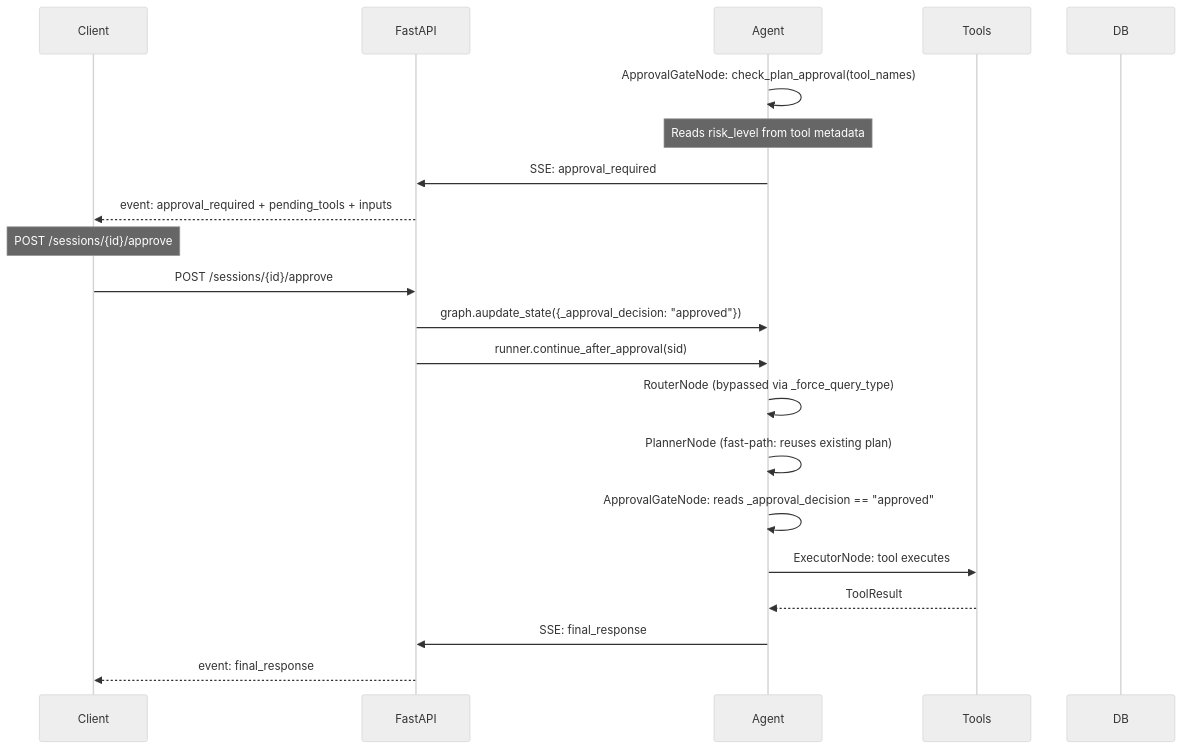
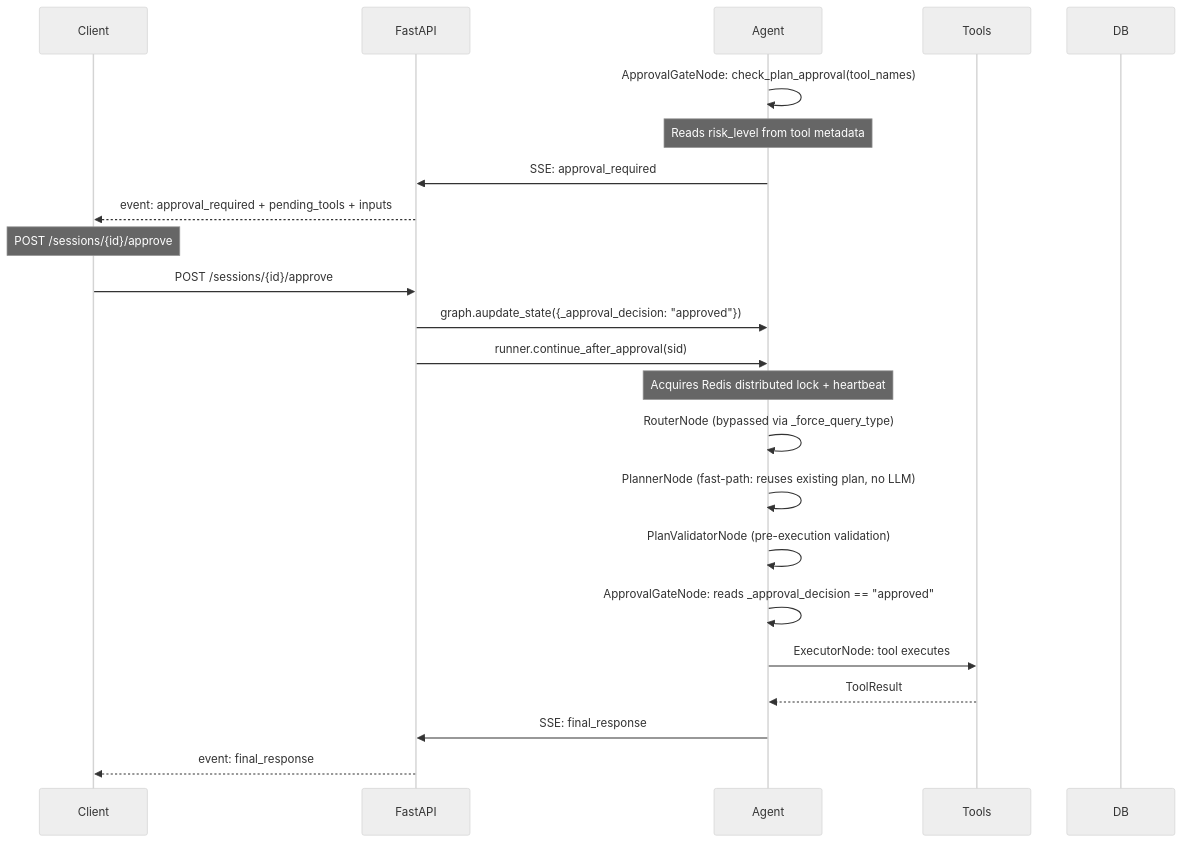
The third of 6 diagrams in nexus-agent/docs/architecture.md (Muhammad-Husnain07/Nexus-Agent), drawn with Mermaid (neutral theme) before and after one commit. The commit also changed other lines of this file and 1 other file, not shown here.

Commit message:
Update docs to 15-node architecture + 5-tier hierarchy + 3-stage planner

````diff
--- a/nexus-agent/docs/architecture.md
+++ b/nexus-agent/docs/architecture.md
@@ -117,26 +128,28 @@
 ```mermaid
 sequenceDiagram
     participant Client
     participant FastAPI
     participant Agent
     participant Tools
     participant DB
 
     Agent->>Agent: ApprovalGateNode: check_plan_approval(tool_names)
     Note over Agent: Reads risk_level from tool metadata
     Agent->>FastAPI: SSE: approval_required
     FastAPI-->>Client: event: approval_required + pending_tools + inputs
     
     Note over Client: POST /sessions/{id}/approve
     
     Client->>FastAPI: POST /sessions/{id}/approve
     FastAPI->>Agent: graph.aupdate_state({_approval_decision: "approved"})
     FastAPI->>Agent: runner.continue_after_approval(sid)
+    Note over Agent: Acquires Redis distributed lock + heartbeat
     Agent->>Agent: RouterNode (bypassed via _force_query_type)
-    Agent->>Agent: PlannerNode (fast-path: reuses existing plan)
+    Agent->>Agent: PlannerNode (fast-path: reuses existing plan, no LLM)
+    Agent->>Agent: PlanValidatorNode (pre-execution validation)
     Agent->>Agent: ApprovalGateNode: reads _approval_decision == "approved"
     Agent->>Tools: ExecutorNode: tool executes
     Tools-->>Agent: ToolResult
     Agent->>FastAPI: SSE: final_response
     FastAPI-->>Client: event: final_response
 ```
````
